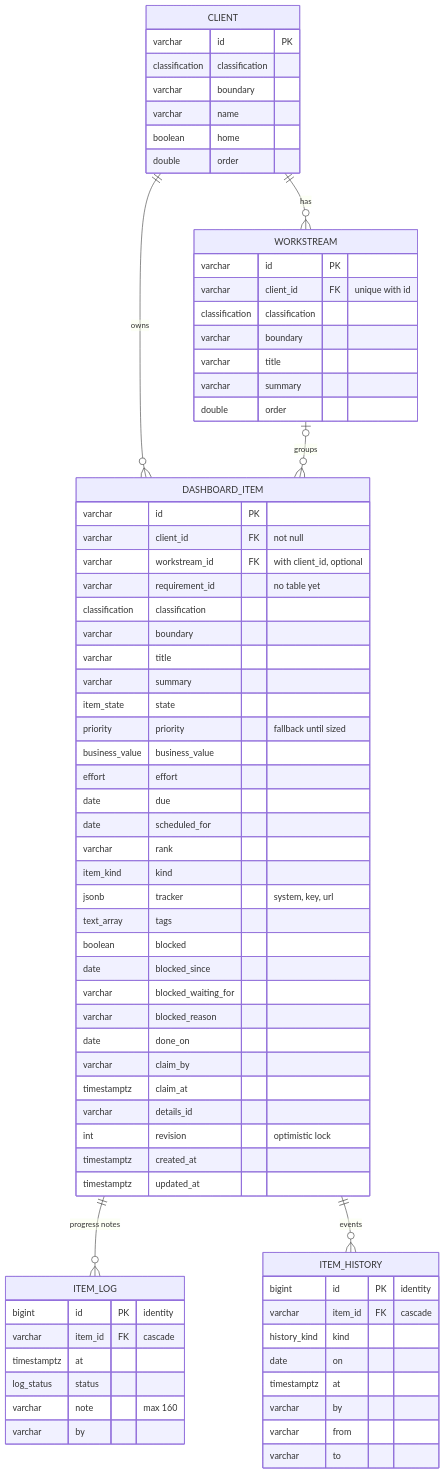
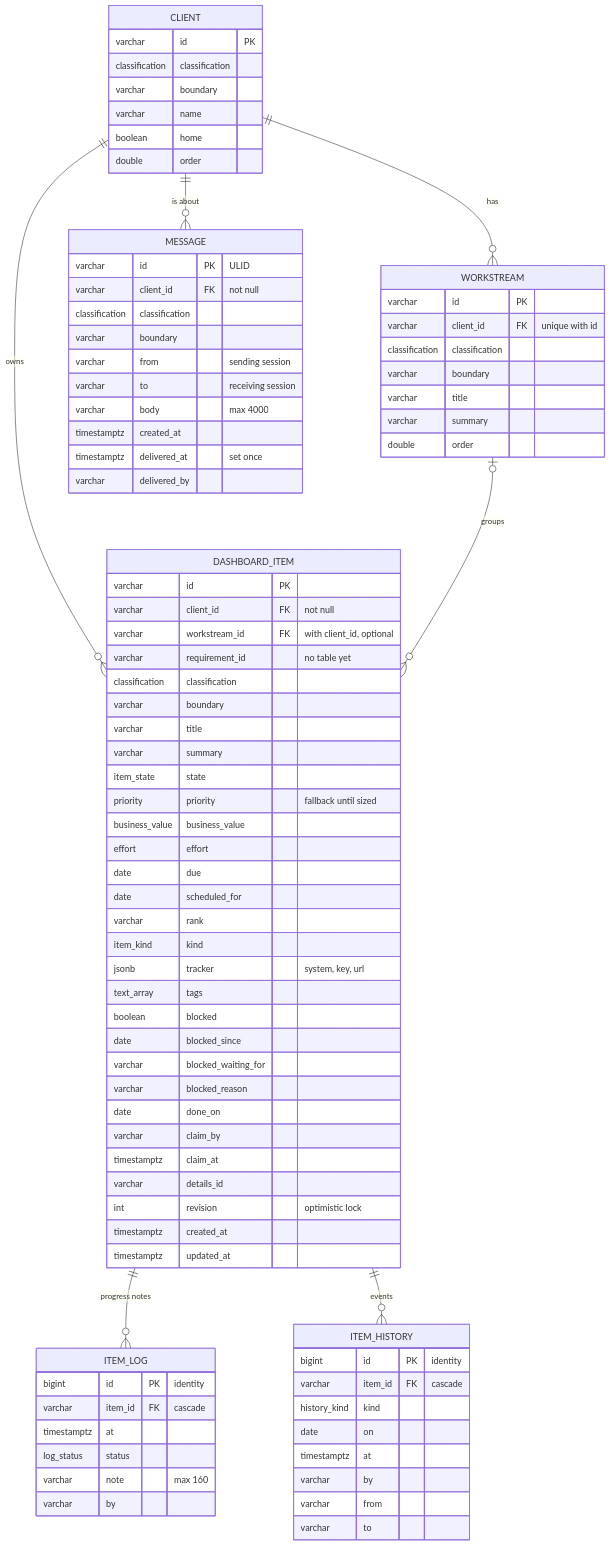
Before and after one commit to lekman/ai-toolkit: the diagram in packages/dashboard-schema/docs/database.md, drawn with Mermaid. The commit also changed other lines of this file and 10 other files, not shown here.

````diff
--- a/packages/dashboard-schema/docs/database.md
+++ b/packages/dashboard-schema/docs/database.md
@@ -14,6 +14,7 @@
   WORKSTREAM |o--o{ DASHBOARD_ITEM : groups
   DASHBOARD_ITEM ||--o{ ITEM_LOG : "progress notes"
   DASHBOARD_ITEM ||--o{ ITEM_HISTORY : events
+  CLIENT ||--o{ MESSAGE : "is about"
   CLIENT {
     varchar id PK
     classification classification
@@ -80,4 +81,16 @@
     varchar from
     varchar to
   }
+  MESSAGE {
+    varchar id PK "ULID"
+    varchar client_id FK "not null"
+    classification classification
+    varchar boundary
+    varchar from "sending session"
+    varchar to "receiving session"
+    varchar body "max 4000"
+    timestamptz created_at
+    timestamptz delivered_at "set once"
+    varchar delivered_by
+  }
 ```
````
